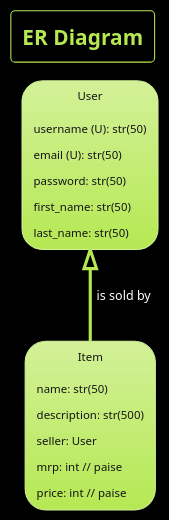
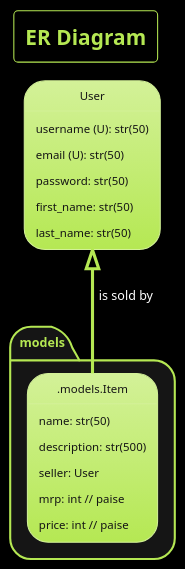
The first of 5 diagrams in design.plantuml (AdityaShenoy/FlipCart), drawn with PlantUML before and after one commit. The commit also changed other lines of this file, not shown here.

Commit message:
docs: add package to reduce object name lengths

```diff
--- a/design.plantuml
+++ b/design.plantuml
@@ -1,25 +1,25 @@
 @startuml 1
 
     !theme hacker
     skinparam BackgroundColor black
     title "ER Diagram"
 
     object User {
         username (U): str(50)
         email (U): str(50)
         password: str(50)
         first_name: str(50)
         last_name: str(50)
     }
 
-    object Item {
+    object .models.Item {
         name: str(50)
         description: str(500)
         seller: User
         mrp: int // paise
         price: int // paise
     }
 
-    User <|-- Item : is sold by
+    User <|-- .models.Item : is sold by
 
 @enduml
```
